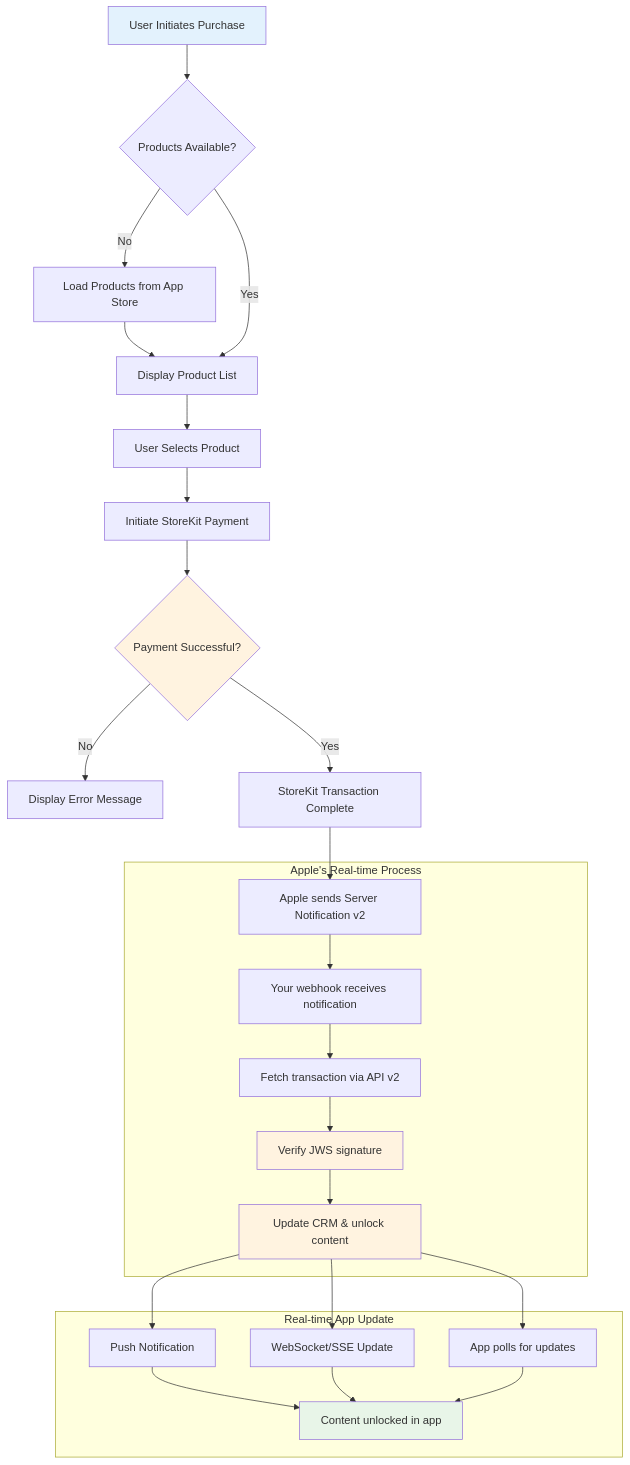
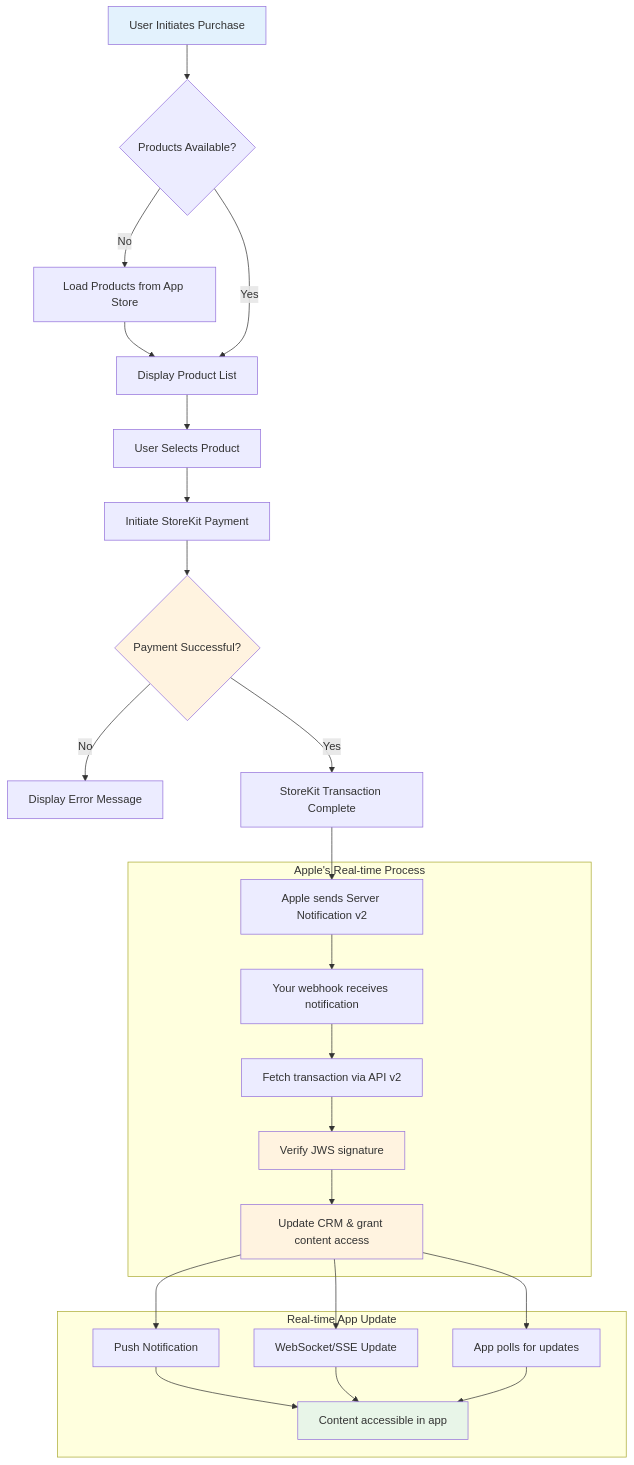
The first of 9 diagrams in architecture/flow-diagrams.md (tnstoyanov/applePayInAppBt), drawn with Mermaid before and after one commit. The commit also changed other lines of this file, not shown here.

First line of the commit message:
Remove subscription management flow and update terminology

````diff
--- a/architecture/flow-diagrams.md
+++ b/architecture/flow-diagrams.md
@@ -9,46 +9,46 @@
 ```mermaid
 flowchart TD
     A[User Initiates Purchase] --> B{Products Available?}
     B -->|No| C[Load Products from App Store]
     C --> D[Display Product List]
     B -->|Yes| D
     D --> E[User Selects Product]
     E --> F[Initiate StoreKit Payment]
     F --> G{Payment Successful?}
     G -->|No| H[Display Error Message]
     G -->|Yes| I[StoreKit Transaction Complete]
     
     subgraph "Apple's Real-time Process"
         J[Apple sends Server Notification v2]
         K[Your webhook receives notification]
         L[Fetch transaction via API v2]
         M[Verify JWS signature]
-        N[Update CRM & unlock content]
+        N[Update CRM & grant content access]
     end
     
     I --> J
     J --> K
     K --> L
     L --> M
     M --> N
     
     subgraph "Real-time App Update"
         O[Push Notification]
         P[WebSocket/SSE Update]
         Q[App polls for updates]
-        R[Content unlocked in app]
+        R[Content accessible in app]
     end
     
     N --> O
     N --> P
     N --> Q
     O --> R
     P --> R
     Q --> R
     
     style A fill:#e3f2fd
     style G fill:#fff3e0
     style M fill:#fff3e0
     style N fill:#fff3e0
     style R fill:#e8f5e8
 ```
````
